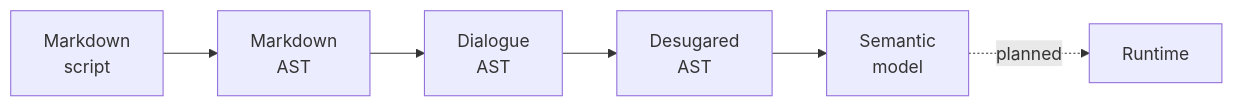
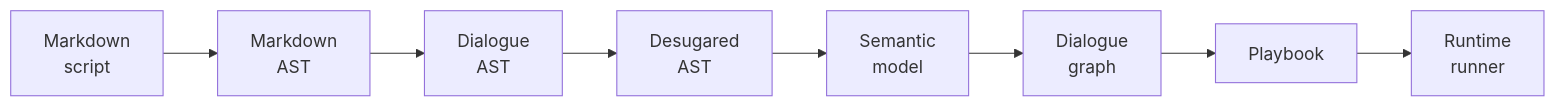
One commit to pengzhengyi/dialoguedown changed the diagram in docs/guide/overview.md. Above: the diagram before and after it, drawn with Mermaid. The commit also changed other lines of this file and 11 other files, not shown here.

````diff
--- a/docs/guide/overview.md
+++ b/docs/guide/overview.md
@@ -26,6 +27,6 @@
 ```mermaid
 flowchart LR
     Src["Markdown<br/>script"] --> MD["Markdown<br/>AST"] --> DA["Dialogue<br/>AST"]
     DA --> DS["Desugared<br/>AST"] --> SM["Semantic<br/>model"]
-    SM -. planned .-> RT["Runtime"]
+    SM --> GR["Dialogue<br/>graph"] --> PB["Playbook"] --> RT["Runtime<br/>runner"]
 ```
````
